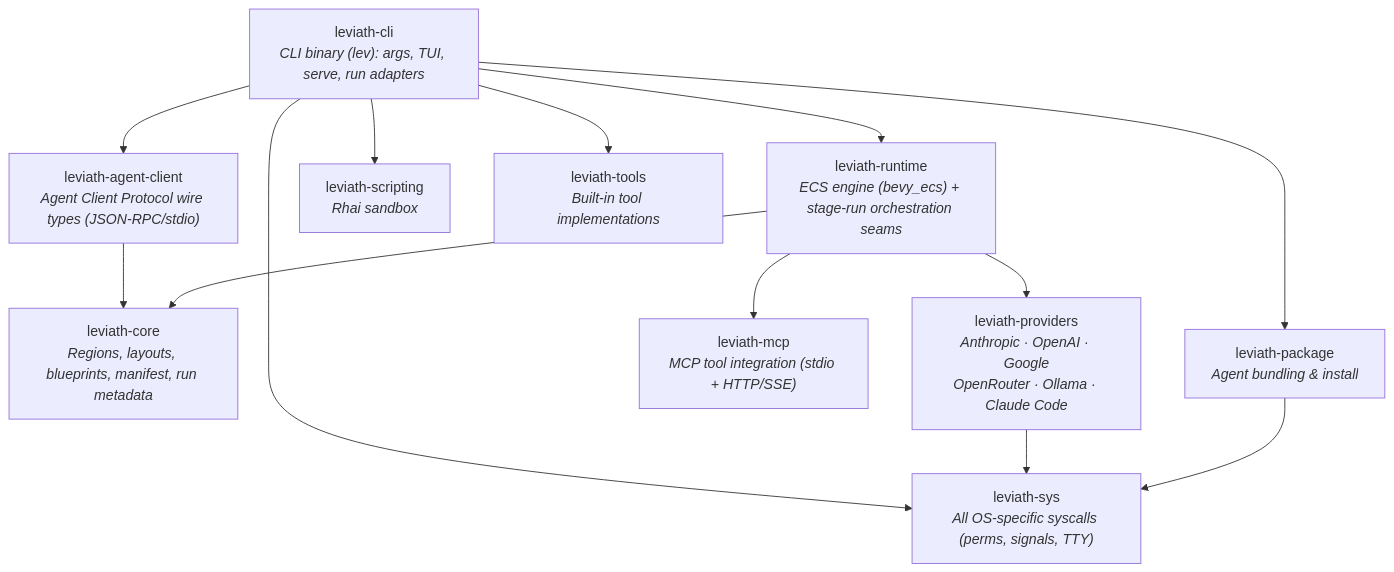
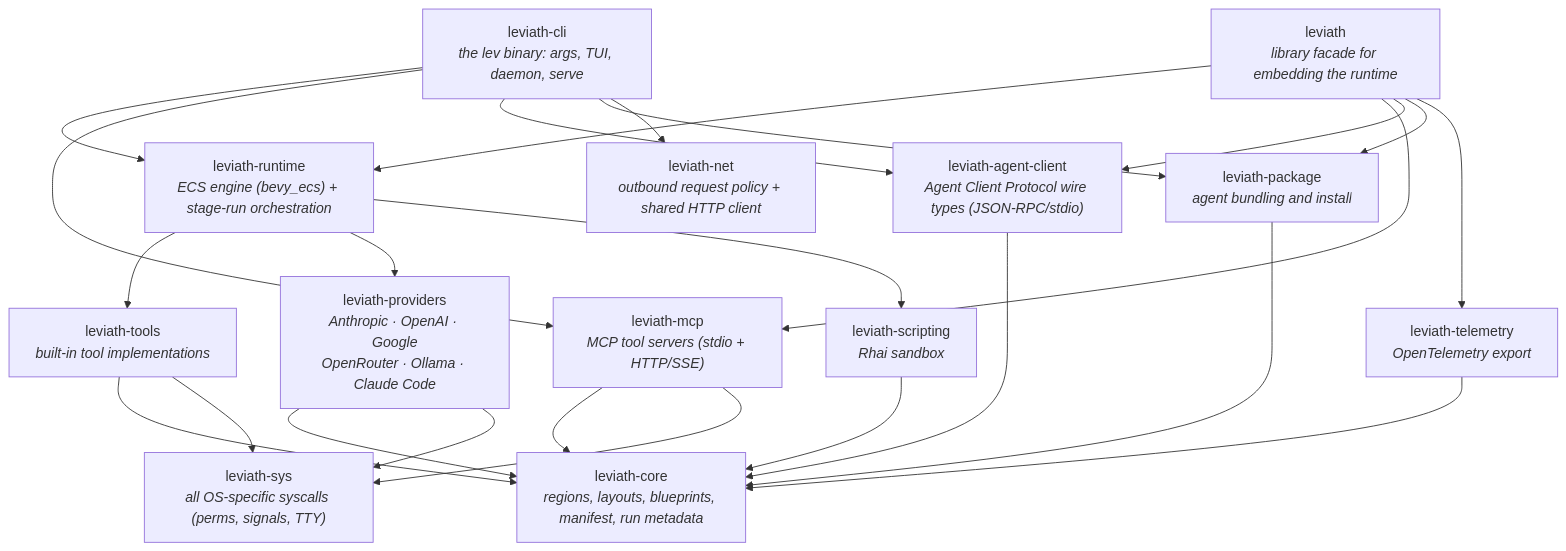
One commit to GEMISIS/leviath changed the diagram in README.md. Above: the diagram before and after it, drawn with Mermaid. The commit also changed other lines of this file and 1 other file, not shown here.

````diff
--- a/README.md
+++ b/README.md
@@ -357,26 +263,40 @@
 ```mermaid
 graph TD
-    CLI["leviath-cli<br/><i>CLI binary (lev): args, TUI, serve, run adapters</i>"]
-    RT["leviath-runtime<br/><i>ECS engine (bevy_ecs) + stage-run orchestration seams</i>"]
-    CORE["leviath-core<br/><i>Regions, layouts, blueprints, manifest, run metadata</i>"]
+    CLI["leviath-cli<br/><i>the lev binary: args, TUI, daemon, serve</i>"]
+    LIB["leviath<br/><i>library facade for embedding the runtime</i>"]
+    RT["leviath-runtime<br/><i>ECS engine (bevy_ecs) + stage-run orchestration</i>"]
+    TOOLS["leviath-tools<br/><i>built-in tool implementations</i>"]
+    PROV["leviath-providers<br/><i>Anthropic · OpenAI · Google<br/>OpenRouter · Ollama · Claude Code</i>"]
+    CORE["leviath-core<br/><i>regions, layouts, blueprints, manifest, run metadata</i>"]
+    MCP["leviath-mcp<br/><i>MCP tool servers (stdio + HTTP/SSE)</i>"]
     ACP["leviath-agent-client<br/><i>Agent Client Protocol wire types (JSON-RPC/stdio)</i>"]
-    PROV["leviath-providers<br/><i>Anthropic · OpenAI · Google<br/>OpenRouter · Ollama · Claude Code</i>"]
-    MCP["leviath-mcp<br/><i>MCP tool integration (stdio + HTTP/SSE)</i>"]
+    PKG["leviath-package<br/><i>agent bundling and install</i>"]
     SCRIPT["leviath-scripting<br/><i>Rhai sandbox</i>"]
-    PKG["leviath-package<br/><i>Agent bundling & install</i>"]
-    TOOLS["leviath-tools<br/><i>Built-in tool implementations</i>"]
-    SYS["leviath-sys<br/><i>All OS-specific syscalls (perms, signals, TTY)</i>"]
+    TELEM["leviath-telemetry<br/><i>OpenTelemetry export</i>"]
+    NET["leviath-net<br/><i>outbound request policy + shared HTTP client</i>"]
+    SYS["leviath-sys<br/><i>all OS-specific syscalls (perms, signals, TTY)</i>"]
 
     CLI --> RT
+    CLI --> MCP
     CLI --> ACP
+    CLI --> PKG
+    CLI --> NET
+    LIB --> RT
+    LIB --> MCP
+    LIB --> ACP
+    LIB --> PKG
+    LIB --> TELEM
+    RT --> TOOLS
+    RT --> PROV
+    RT --> SCRIPT
+    TOOLS --> CORE
+    TOOLS --> SYS
+    PROV --> CORE
+    PROV --> SYS
+    MCP --> CORE
+    MCP --> SYS
     ACP --> CORE
-    CLI --> SCRIPT
-    CLI --> PKG
-    CLI --> TOOLS
-    CLI --> SYS
-    RT --> CORE
-    RT --> PROV
-    RT --> MCP
-    PROV --> SYS
-    PKG --> SYS
+    PKG --> CORE
+    SCRIPT --> CORE
+    TELEM --> CORE
 ```
````
